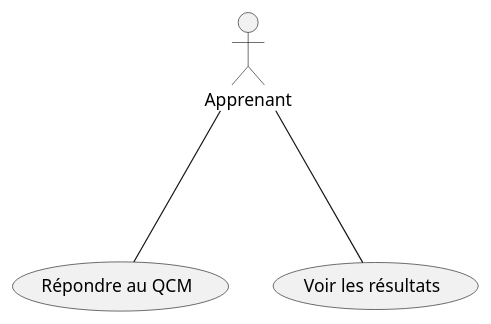
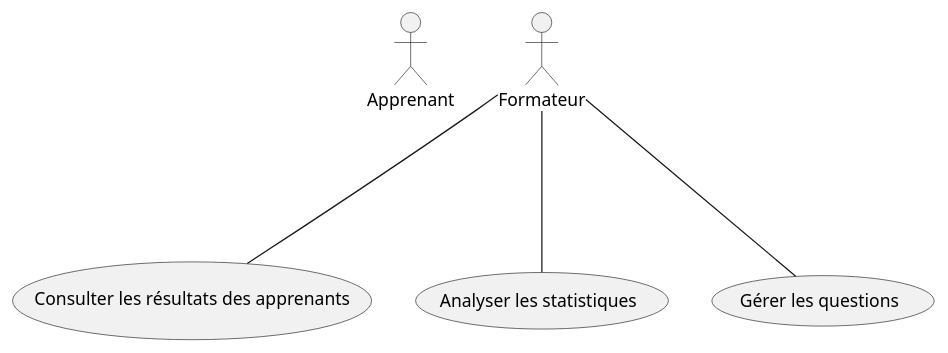
The diagram in Branch-Foctionelle/Analyse/Use-Case-Sprint-2.puml (dinadehbi/Fille-Rouge-Soli-LMS), drawn with PlantUML before and after one commit. The commit also changed 5 other files, not shown here.

Commit message:
Modifier le diagramme de cas-d'utilisation

```diff
--- a/Branch-Foctionelle/Analyse/Use-Case-Sprint-2.puml
+++ b/Branch-Foctionelle/Analyse/Use-Case-Sprint-2.puml
@@ -1,10 +1,12 @@
 @startuml
 actor Apprenant
+actor Formateur
 
-usecase "Répondre au QCM" as UC1
-usecase "Voir les résultats" as UC2
+usecase "Consulter les résultats des apprenants" as UC6
+usecase "Analyser les statistiques" as UC7
+usecase "Gérer les questions" as UC8
 
-Apprenant -down-- UC1
-Apprenant -down-- UC2
-
+Formateur -down-- UC6
+Formateur -down-- UC7
+Formateur -down-- UC8
 @enduml
```
